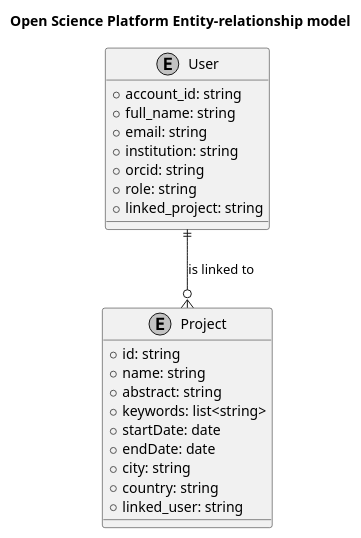
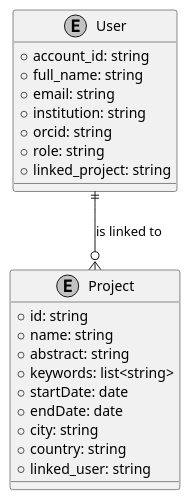
The diagram in diagrams/plantUML/entity_relationship_model.wsd (OliveiraEdu/d-OSP), drawn with PlantUML before and after one commit. The commit also changed 110 other files, not shown here.

```diff
--- a/diagrams/plantUML/entity_relationship_model.wsd
+++ b/diagrams/plantUML/entity_relationship_model.wsd
@@ -1,32 +1,32 @@
 @startuml entity_relationship_model
 
-title Open Science Platform Entity-relationship model
+' title Open Science Platform Entity-relationship model
 skinparam monochrome true
 
 top to bottom direction
 
 entity "User" {
   + account_id: string 
   + full_name: string
   + email: string
   + institution: string
   + orcid: string
   + role: string
   + linked_project: string
 }
 
 entity "Project" {
   + id: string 
   + name: string
   + abstract: string
   + keywords: list<string>
   + startDate: date
   + endDate: date
   + city: string
   + country: string
   + linked_user: string
 }
 
 User  ||--o{ Project : is linked to 
 
 @enduml
```
